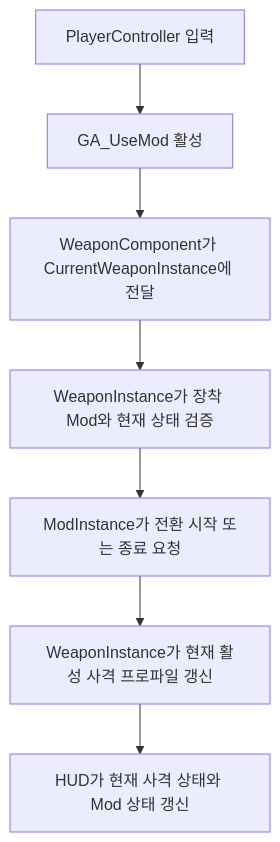
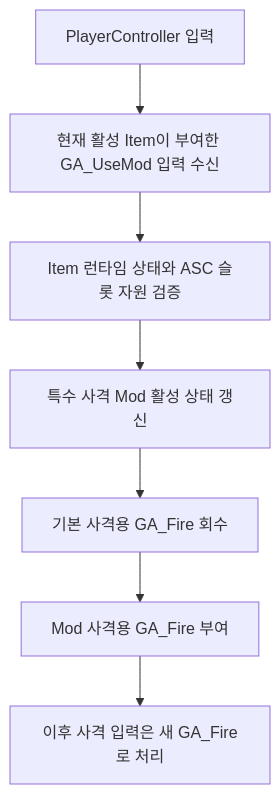
The fourth of 4 diagrams in Docs/[시스템 기획] 무기_장비.md (TeamApoc/ProjectR), drawn with Mermaid before and after one commit. The commit also changed other lines of this file, not shown here.

````diff
--- a/Docs/[시스템 기획] 무기_장비.md
+++ b/Docs/[시스템 기획] 무기_장비.md
@@ -179,9 +282,9 @@
 ```mermaid
 flowchart TD
-    A[PlayerController 입력] --> B[GA_UseMod 활성]
-    B --> C[WeaponComponent가 CurrentWeaponInstance에 전달]
-    C --> D[WeaponInstance가 장착 Mod와 현재 상태 검증]
-    D --> E[ModInstance가 전환 시작 또는 종료 요청]
-    E --> F[WeaponInstance가 현재 활성 사격 프로파일 갱신]
-    F --> G[HUD가 현재 사격 상태와 Mod 상태 갱신]
+    A[PlayerController 입력] --> B[현재 활성 Item이 부여한 GA_UseMod 입력 수신]
+    B --> C[Item 런타임 상태와 ASC 슬롯 자원 검증]
+    C --> D[특수 사격 Mod 활성 상태 갱신]
+    D --> E[기본 사격용 GA_Fire 회수]
+    E --> F[Mod 사격용 GA_Fire 부여]
+    F --> G[이후 사격 입력은 새 GA_Fire로 처리]
 ```
````
